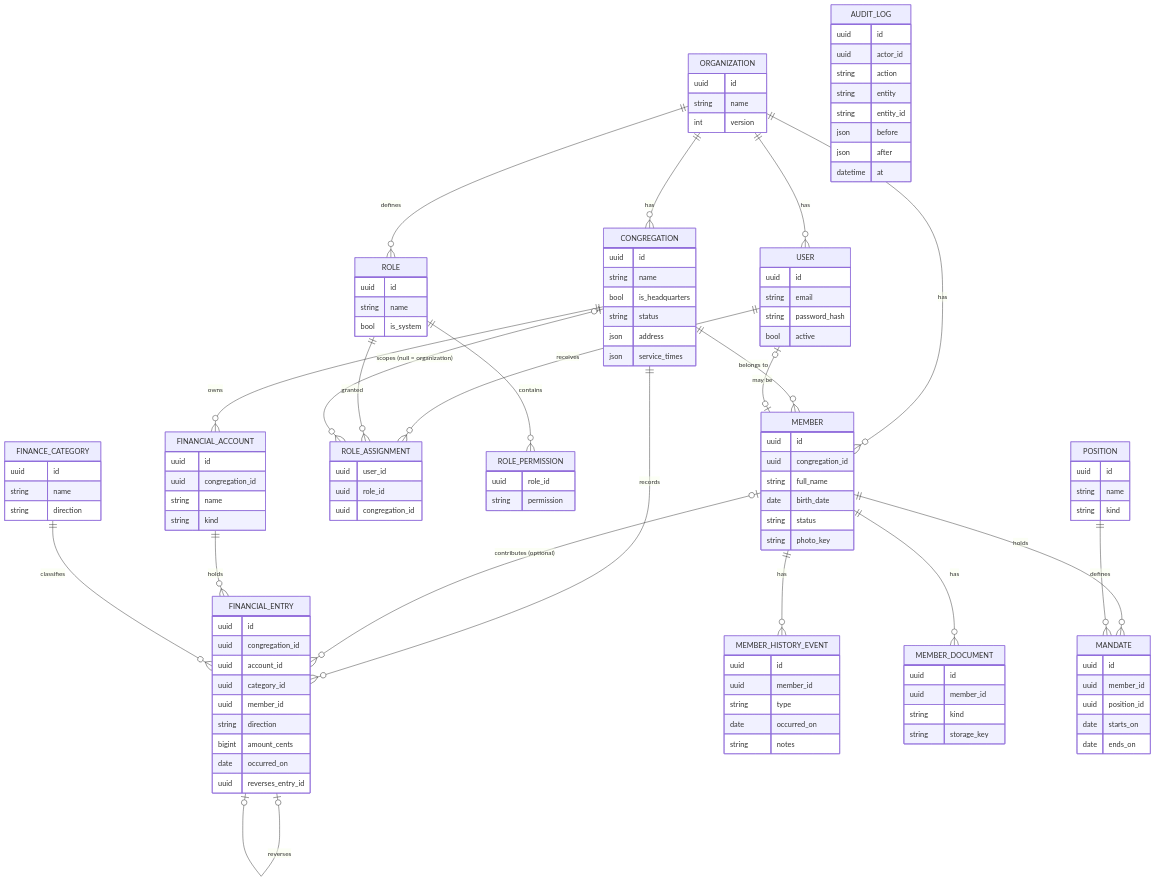
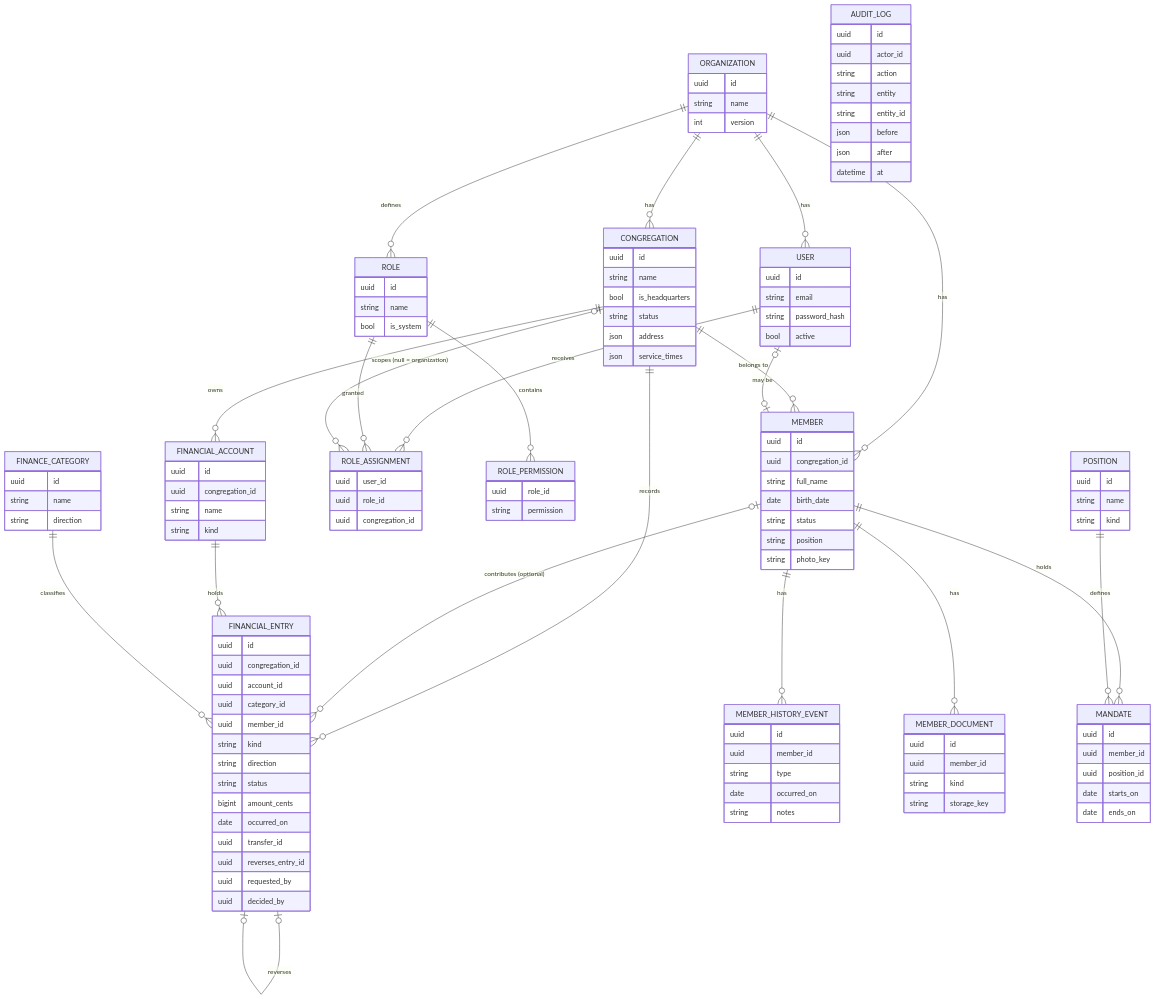
One commit to JTllesJR/sistema-igreja changed the diagram in docs/modelo-dominio.md. Above: the diagram before and after it, drawn with Mermaid. The commit also changed other lines of this file and 7 other files, not shown here.

````diff
--- a/docs/modelo-dominio.md
+++ b/docs/modelo-dominio.md
@@ -10,43 +10,43 @@
 ```mermaid
 erDiagram
     ORGANIZATION ||--o{ CONGREGATION : has
     ORGANIZATION ||--o{ USER : has
     ORGANIZATION ||--o{ ROLE : defines
     ORGANIZATION ||--o{ MEMBER : has
 
     CONGREGATION ||--o{ MEMBER : "belongs to"
     CONGREGATION ||--o{ FINANCIAL_ACCOUNT : owns
     CONGREGATION ||--o{ FINANCIAL_ENTRY : records
 
     USER ||--o{ ROLE_ASSIGNMENT : receives
     ROLE ||--o{ ROLE_ASSIGNMENT : granted
     ROLE ||--o{ ROLE_PERMISSION : contains
     CONGREGATION |o--o{ ROLE_ASSIGNMENT : "scopes (null = organization)"
     USER |o--o| MEMBER : "may be"
 
     MEMBER ||--o{ MEMBER_HISTORY_EVENT : has
     MEMBER ||--o{ MEMBER_DOCUMENT : has
     MEMBER |o--o{ FINANCIAL_ENTRY : "contributes (optional)"
     MEMBER ||--o{ MANDATE : holds
     POSITION ||--o{ MANDATE : "defines"
 
     FINANCIAL_ACCOUNT ||--o{ FINANCIAL_ENTRY : holds
     FINANCE_CATEGORY ||--o{ FINANCIAL_ENTRY : classifies
     FINANCIAL_ENTRY |o--o| FINANCIAL_ENTRY : "reverses"
 
     ORGANIZATION { uuid id string name int version }
     CONGREGATION { uuid id string name bool is_headquarters string status json address json service_times }
     USER { uuid id string email string password_hash bool active }
     ROLE { uuid id string name bool is_system }
     ROLE_PERMISSION { uuid role_id string permission }
     ROLE_ASSIGNMENT { uuid user_id uuid role_id uuid congregation_id }
-    MEMBER { uuid id uuid congregation_id string full_name date birth_date string status string photo_key }
+    MEMBER { uuid id uuid congregation_id string full_name date birth_date string status string position string photo_key }
     MEMBER_HISTORY_EVENT { uuid id uuid member_id string type date occurred_on string notes }
     MEMBER_DOCUMENT { uuid id uuid member_id string kind string storage_key }
     POSITION { uuid id string name string kind }
     MANDATE { uuid id uuid member_id uuid position_id date starts_on date ends_on }
     FINANCIAL_ACCOUNT { uuid id uuid congregation_id string name string kind }
     FINANCE_CATEGORY { uuid id string name string direction }
-    FINANCIAL_ENTRY { uuid id uuid congregation_id uuid account_id uuid category_id uuid member_id string direction bigint amount_cents date occurred_on uuid reverses_entry_id }
+    FINANCIAL_ENTRY { uuid id uuid congregation_id uuid account_id uuid category_id uuid member_id string kind string direction string status bigint amount_cents date occurred_on uuid transfer_id uuid reverses_entry_id uuid requested_by uuid decided_by }
     AUDIT_LOG { uuid id uuid actor_id string action string entity string entity_id json before json after datetime at }
 ```
````
